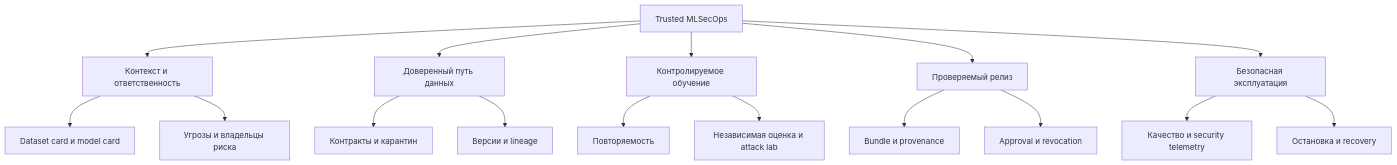
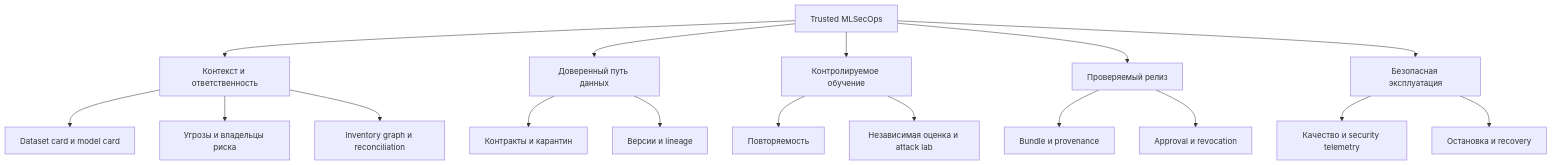
The first of 2 diagrams in docs/product-map.md (Abrakadabra124/trusted-mlsecops-platform), drawn with Mermaid before and after one commit. The commit also changed other lines of this file and 21 other files, not shown here.

Commit message:
Research global MLSecOps practices and strengthen assurance roadmap

````diff
--- a/docs/product-map.md
+++ b/docs/product-map.md
@@ -20,18 +20,19 @@
 ```mermaid
 flowchart TB
     Product[Trusted MLSecOps] --> Governance[Контекст и ответственность]
     Product --> Data[Доверенный путь данных]
     Product --> ML[Контролируемое обучение]
     Product --> Release[Проверяемый релиз]
     Product --> Ops[Безопасная эксплуатация]
     Governance --> Cards[Dataset card и model card]
     Governance --> Risks[Угрозы и владельцы риска]
+    Governance --> Inventory[Inventory graph и reconciliation]
     Data --> Quarantine[Контракты и карантин]
     Data --> Lineage[Версии и lineage]
     ML --> Reproduce[Повторяемость]
     ML --> Evaluate[Независимая оценка и attack lab]
     Release --> Provenance[Bundle и provenance]
     Release --> Policy[Approval и revocation]
     Ops --> Signals[Качество и security telemetry]
     Ops --> Recovery[Остановка и recovery]
 ```
````
